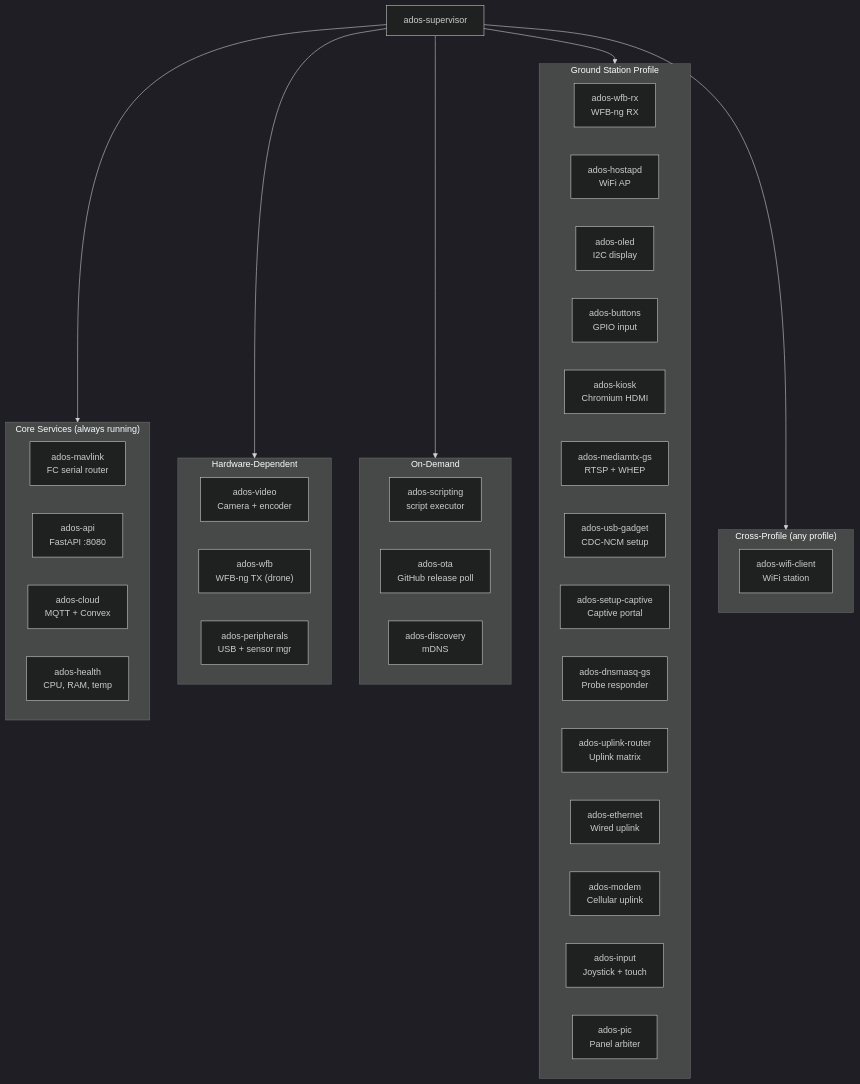
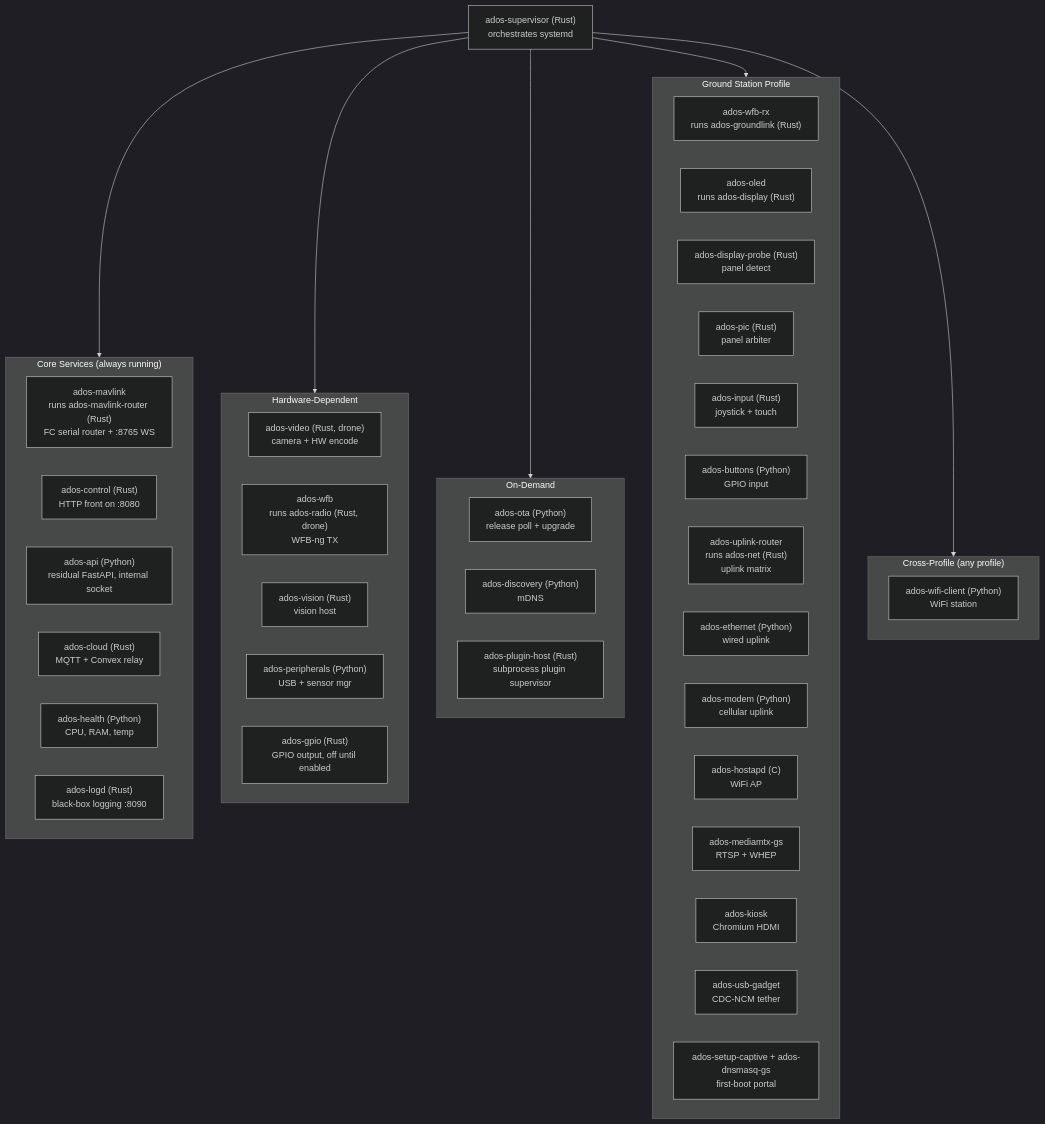
The diagram in architecture/agent-services.mdx (altnautica/Documentation), drawn with Mermaid before and after one commit. The commit also changed other lines of this file and 131 other files, not shown here.

````diff
--- a/architecture/agent-services.mdx
+++ b/architecture/agent-services.mdx
@@ -25,51 +26,55 @@
 ```mermaid
 %%{init: {'theme': 'dark'}}%%
 flowchart TB
-    Supervisor["ados-supervisor"]
-    
+    Supervisor["ados-supervisor (Rust)<br/>orchestrates systemd"]
+
     subgraph Core["Core Services (always running)"]
-        MAVLink["ados-mavlink<br/>FC serial router"]
-        API["ados-api<br/>FastAPI :8080"]
-        Cloud["ados-cloud<br/>MQTT + Convex"]
-        Health["ados-health<br/>CPU, RAM, temp"]
+        MAVLink["ados-mavlink<br/>runs ados-mavlink-router (Rust)<br/>FC serial router + :8765 WS"]
+        Control["ados-control (Rust)<br/>HTTP front on :8080"]
+        API["ados-api (Python)<br/>residual FastAPI, internal socket"]
+        Cloud["ados-cloud (Rust)<br/>MQTT + Convex relay"]
+        Health["ados-health (Python)<br/>CPU, RAM, temp"]
+        Logd["ados-logd (Rust)<br/>black-box logging :8090"]
     end
-    
+
     subgraph HW["Hardware-Dependent"]
-        Video["ados-video<br/>Camera + encoder"]
-        WFB["ados-wfb<br/>WFB-ng TX (drone)"]
-        Sensors["ados-peripherals<br/>USB + sensor mgr"]
+        Video["ados-video (Rust, drone)<br/>camera + HW encode"]
+        WFB["ados-wfb<br/>runs ados-radio (Rust, drone)<br/>WFB-ng TX"]
+        Vision["ados-vision (Rust)<br/>vision host"]
+        Sensors["ados-peripherals (Python)<br/>USB + sensor mgr"]
+        GPIO["ados-gpio (Rust)<br/>GPIO output, off until enabled"]
     end
-    
+
     subgraph OnDemand["On-Demand"]
-        Scripting["ados-scripting<br/>script executor"]
-        OTA["ados-ota<br/>GitHub release poll"]
-        Discovery["ados-discovery<br/>mDNS"]
+        OTA["ados-ota (Python)<br/>release poll + upgrade"]
+        Discovery["ados-discovery (Python)<br/>mDNS"]
+        Plugins["ados-plugin-host (Rust)<br/>subprocess plugin supervisor"]
     end
-    
+
     subgraph GroundOnly["Ground Station Profile"]
-        WFBRX["ados-wfb-rx<br/>WFB-ng RX"]
-        HostAP["ados-hostapd<br/>WiFi AP"]
-        OLED["ados-oled<br/>I2C display"]
-        Buttons["ados-buttons<br/>GPIO input"]
+        WFBRX["ados-wfb-rx<br/>runs ados-groundlink (Rust)"]
+        OLED["ados-oled<br/>runs ados-display (Rust)"]
+        DispProbe["ados-display-probe (Rust)<br/>panel detect"]
+        PIC["ados-pic (Rust)<br/>panel arbiter"]
+        Input["ados-input (Rust)<br/>joystick + touch"]
+        Buttons["ados-buttons (Python)<br/>GPIO input"]
+        Uplink["ados-uplink-router<br/>runs ados-net (Rust)<br/>uplink matrix"]
+        Ethernet["ados-ethernet (Python)<br/>wired uplink"]
+        Modem["ados-modem (Python)<br/>cellular uplink"]
+        HostAP["ados-hostapd (C)<br/>WiFi AP"]
+        MediaMTXGS["ados-mediamtx-gs<br/>RTSP + WHEP"]
         Kiosk["ados-kiosk<br/>Chromium HDMI"]
-        MediaMTXGS["ados-mediamtx-gs<br/>RTSP + WHEP"]
-        USBGadget["ados-usb-gadget<br/>CDC-NCM setup"]
-        SetupCaptive["ados-setup-captive<br/>Captive portal"]
-        DnsmasqGS["ados-dnsmasq-gs<br/>Probe responder"]
-        UplinkRouter["ados-uplink-router<br/>Uplink matrix"]
-        Ethernet["ados-ethernet<br/>Wired uplink"]
-        Modem["ados-modem<br/>Cellular uplink"]
-        Input["ados-input<br/>Joystick + touch"]
-        PIC["ados-pic<br/>Panel arbiter"]
+        USBGadget["ados-usb-gadget<br/>CDC-NCM tether"]
+        Captive["ados-setup-captive + ados-dnsmasq-gs<br/>first-boot portal"]
     end
 
     subgraph CrossProfile["Cross-Profile (any profile)"]
-        WiFiClient["ados-wifi-client<br/>WiFi station"]
+        WiFiClient["ados-wifi-client (Python)<br/>WiFi station"]
     end
-    
+
     Supervisor --> Core
     Supervisor --> HW
     Supervisor --> OnDemand
     Supervisor --> GroundOnly
     Supervisor --> CrossProfile
 ```
````
